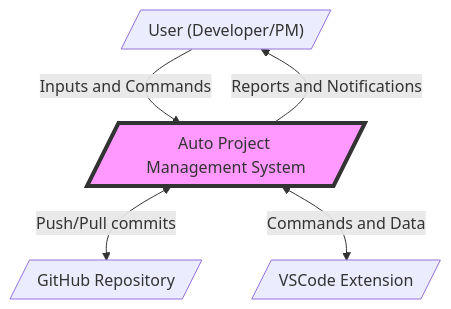
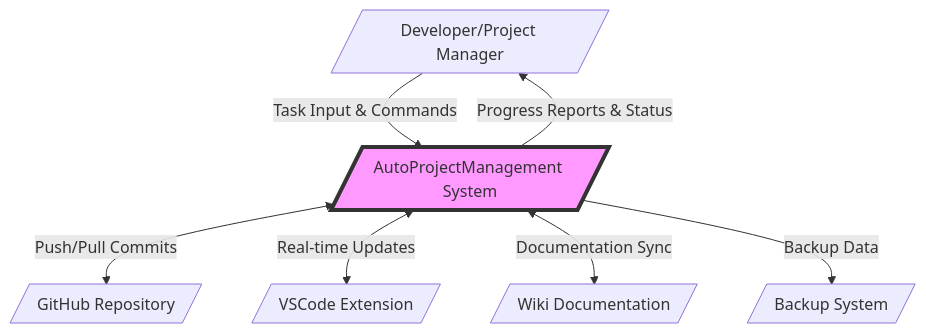
Before and after one commit to Shakour-Data/AutoProjectManagement: the first of 7 diagrams in Docs/entire_project/DFD_Diagrams.md, drawn with Mermaid. The commit also changed other lines of this file, not shown here.

````diff
--- a/Docs/entire_project/DFD_Diagrams.md
+++ b/Docs/entire_project/DFD_Diagrams.md
@@ -9,14 +18,18 @@
 ```mermaid
 graph TD
-    User[/"User (Developer/PM)"/]
-    System[/"Auto Project Management System"/]
+    Developer[/"Developer/Project Manager"/]
+    System[/"AutoProjectManagement System"/]
     GitHub[/"GitHub Repository"/]
     VSCode[/"VSCode Extension"/]
+    Wiki[/"Wiki Documentation"/]
+    Backup[/"Backup System"/]
     
-    User -->|Inputs and Commands| System
-    System -->|Reports and Notifications| User
-    System <-->|Push/Pull commits| GitHub
-    System <-->|Commands and Data| VSCode
+    Developer -->|Task Input & Commands| System
+    System -->|Progress Reports & Status| Developer
+    System <-->|Push/Pull Commits| GitHub
+    System <-->|Real-time Updates| VSCode
+    System <-->|Documentation Sync| Wiki
+    System -->|Backup Data| Backup
     
     style System fill:#f9f,stroke:#333,stroke-width:4px
 ```
````
